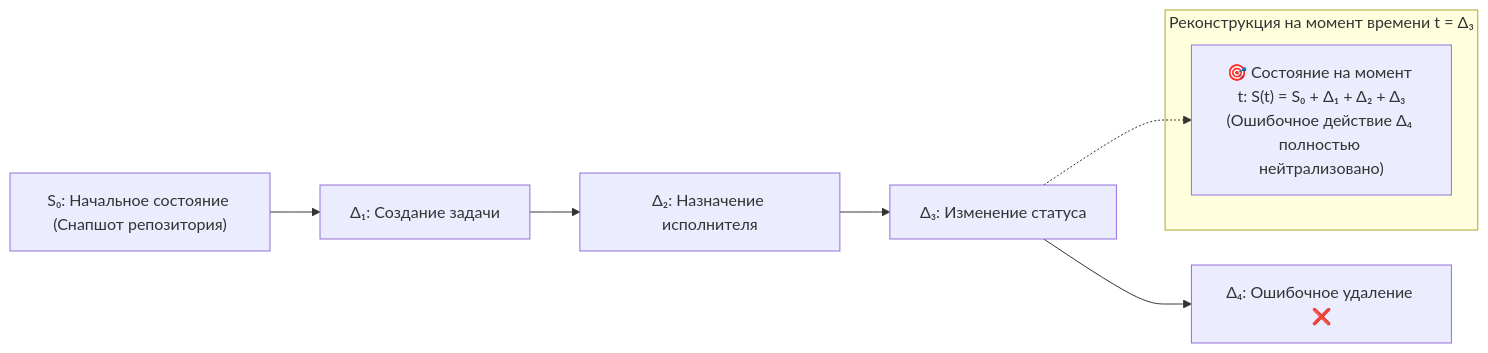
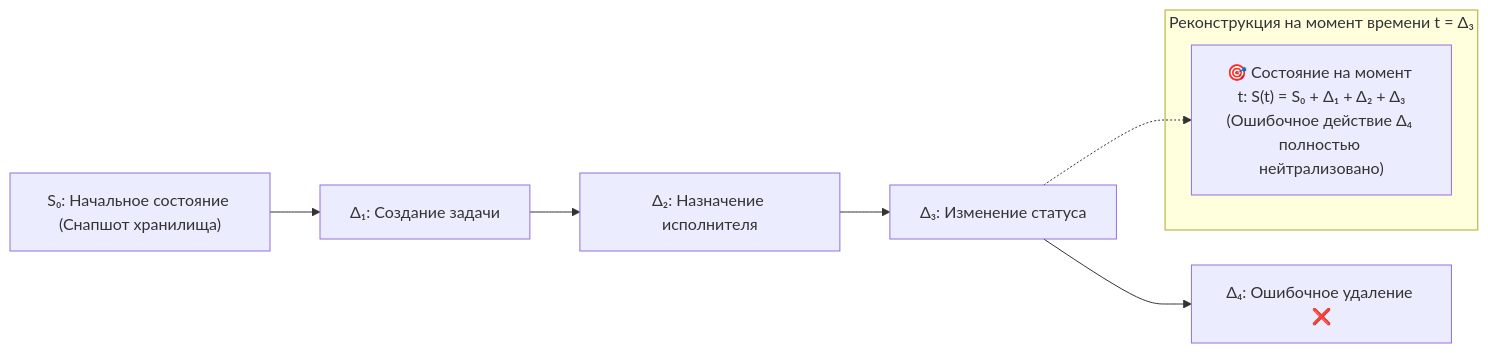
One commit to Data-Independence-Network/presentations changed the ninth of 13 diagrams in architecture_presentations/04_branch_pipeline_and_storage/docs/presentation_deck.md. Above: the diagram before and after it, drawn with Mermaid. The commit also changed other lines of this file and 28 other files, not shown here.

```diff
--- a/architecture_presentations/04_branch_pipeline_and_storage/docs/presentation_deck.md
+++ b/architecture_presentations/04_branch_pipeline_and_storage/docs/presentation_deck.md
@@ -471,16 +471,16 @@
         <div class="mermaid">
 graph LR
-    S0["S₀: Начальное состояние (Снапшот репозитория)"]
+    S0["S₀: Начальное состояние (Снапшот хранилища)"]
     D1["Δ₁: Создание задачи"]
     D2["Δ₂: Назначение исполнителя"]
     D3["Δ₃: Изменение статуса"]
     D4["Δ₄: Ошибочное удаление ❌"]
 
     S0 --> D1 --> D2 --> D3 --> D4
 
     subgraph TimeTravel["Реконструкция на момент времени t = Δ₃"]
         TargetState["🎯 Состояние на момент t: S(t) = S₀ + Δ₁ + Δ₂ + Δ₃<br/>(Ошибочное действие Δ₄ полностью нейтрализовано)"]
     end
 
     D3 -.-> TargetState
         </div>
```
